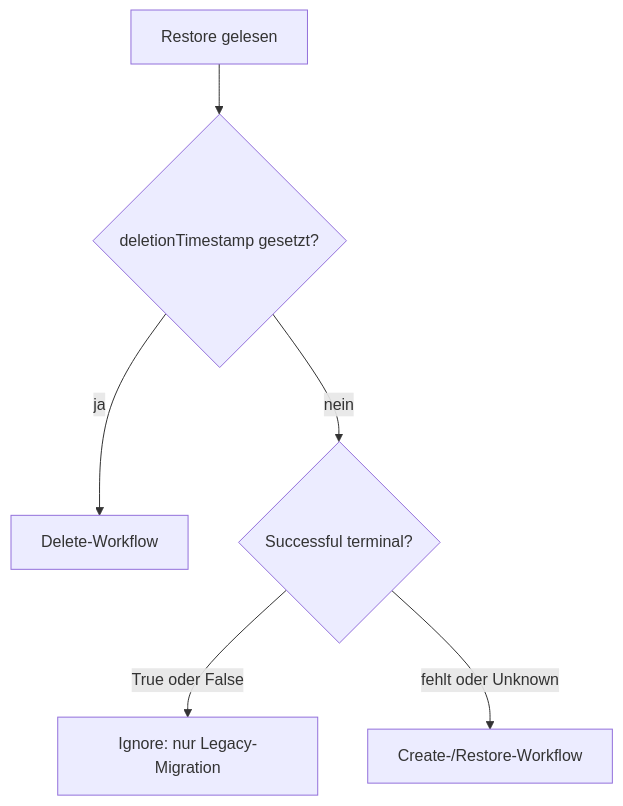
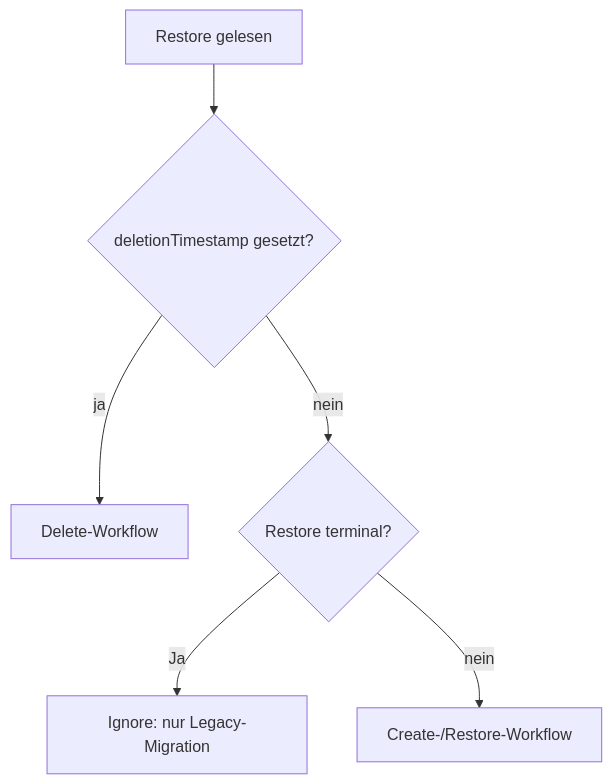
One commit to cloudogu/k8s-backup-operator changed the first of 4 diagrams in docs/development/restore/restore_process_de.MD. Above: the diagram before and after it, drawn with Mermaid. The commit also changed other lines of this file and 4 other files, not shown here.

````diff
--- a/docs/development/restore/restore_process_de.MD
+++ b/docs/development/restore/restore_process_de.MD
@@ -28,8 +11,8 @@
 ```mermaid
 flowchart TD
     A[Restore gelesen] --> B{deletionTimestamp gesetzt?}
     B -- ja --> D[Delete-Workflow]
-    B -- nein --> C{Successful terminal?}
-    C -- True oder False --> I[Ignore: nur Legacy-Migration]
-    C -- fehlt oder Unknown --> R[Create-/Restore-Workflow]
+    B -- nein --> C{Restore terminal?}
+    C -- Ja --> I[Ignore: nur Legacy-Migration]
+    C -- nein --> R[Create-/Restore-Workflow]
 ```
````
